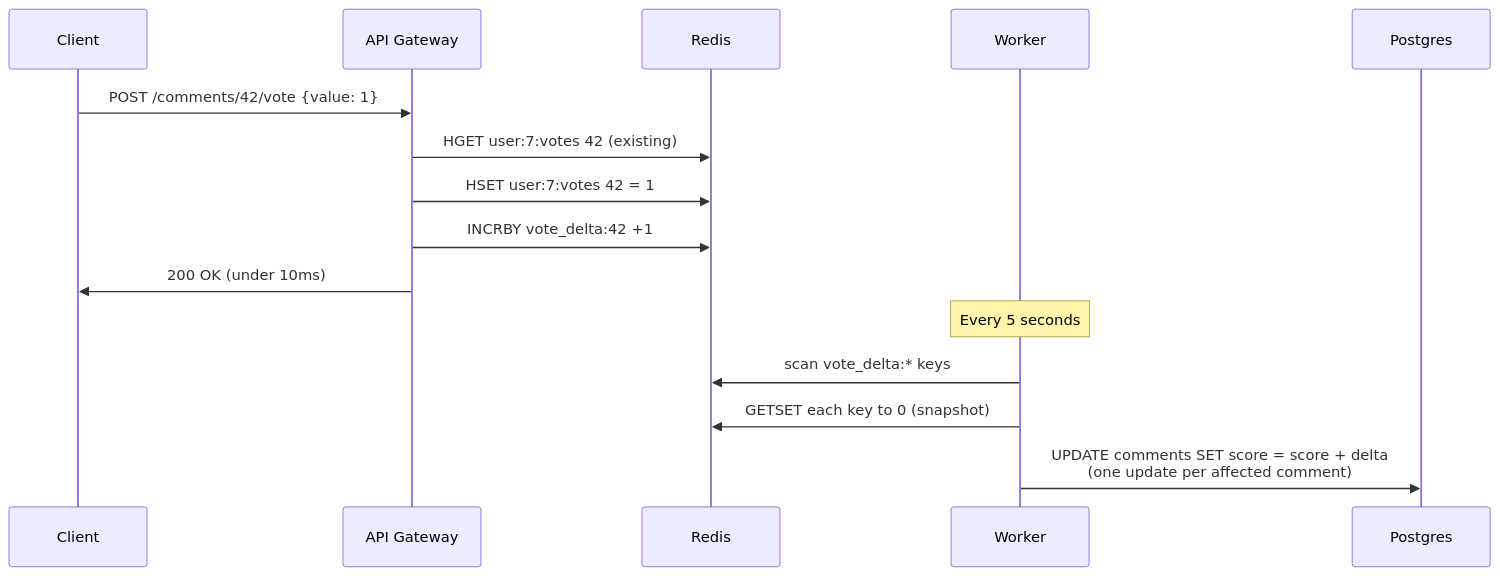
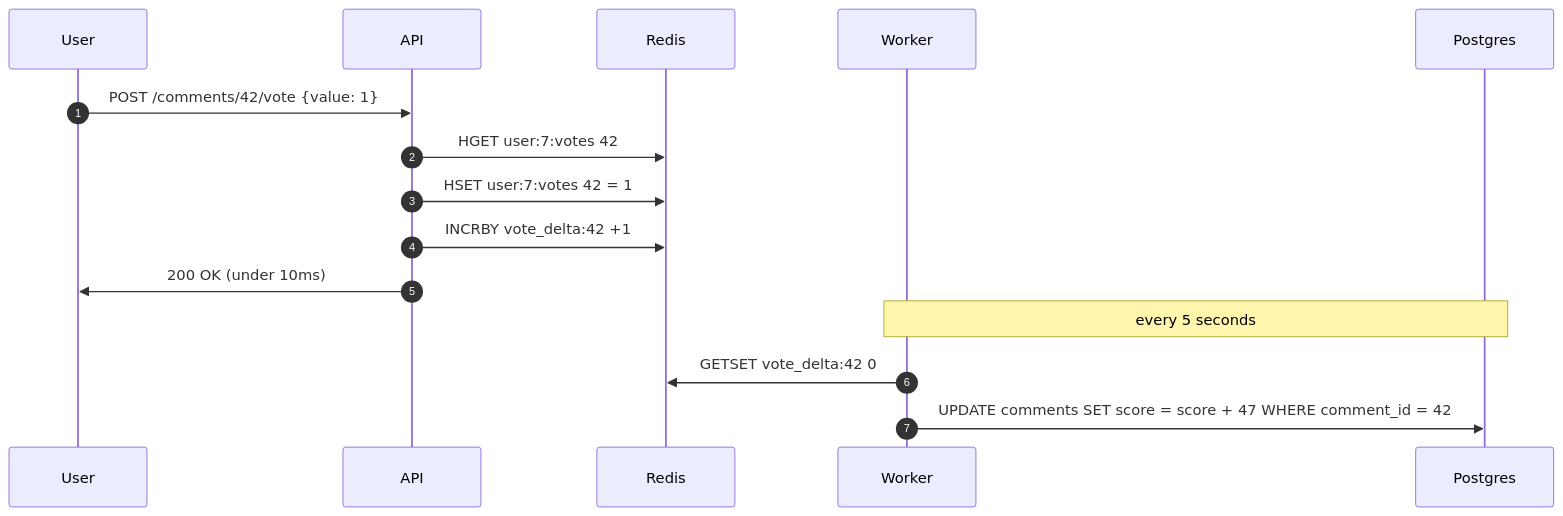
Before and after one commit to shiningflash/system-design: the second of 5 diagrams in problems/015-comment-system/solution.md, drawn with Mermaid. The commit also changed other lines of this file and 38 other files, not shown here.

````diff
--- a/problems/015-comment-system/solution.md
+++ b/problems/015-comment-system/solution.md
@@ -462,19 +303,19 @@
 ```mermaid
 sequenceDiagram
-    participant Client
-    participant API as API Gateway
+    autonumber
+    participant User
+    participant API
     participant Redis
     participant Worker
     participant DB as Postgres
 
-    Client->>API: POST /comments/42/vote {value: 1}
-    API->>Redis: HGET user:7:votes 42 (existing)
+    User->>API: POST /comments/42/vote {value: 1}
+    API->>Redis: HGET user:7:votes 42
     API->>Redis: HSET user:7:votes 42 = 1
     API->>Redis: INCRBY vote_delta:42 +1
-    API->>Client: 200 OK (under 10ms)
+    API->>User: 200 OK (under 10ms)
 
-    Note over Worker: Every 5 seconds
-    Worker->>Redis: scan vote_delta:* keys
-    Worker->>Redis: GETSET each key to 0 (snapshot)
-    Worker->>DB: UPDATE comments SET score = score + delta<br/>(one update per affected comment)
+    Note over Worker,DB: every 5 seconds
+    Worker->>Redis: GETSET vote_delta:42 0
+    Worker->>DB: UPDATE comments SET score = score + 47 WHERE comment_id = 42
 ```
````
